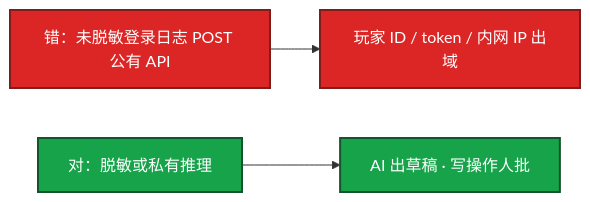
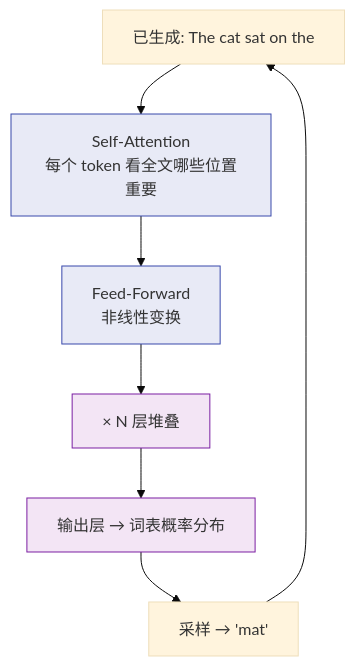
Before and after one commit to ml-cuizijun/LearnToLilith: the second of 7 diagrams in 09-AI与智能运维/01-LLM与Transformer基础/知识点.md, drawn with Mermaid. The commit also changed other lines of this file and 213 other files, not shown here.

````diff
--- a/09-AI与智能运维/01-LLM与Transformer基础/知识点.md
+++ b/09-AI与智能运维/01-LLM与Transformer基础/知识点.md
@@ -413,10 +75,16 @@
 ```mermaid
-flowchart LR
-    bad["错：未脱敏登录日志 POST 公有 API"] --> leak[玩家 ID / token / 内网 IP 出域]
-    ok["对：脱敏或私有推理"] --> draft[AI 出草稿 · 写操作人批]
+%%{init: {"theme": "base"}}%%
+flowchart TB
+    classDef block fill:#f3e5f5,stroke:#7b1fa2
+    classDef attn fill:#e8eaf6,stroke:#3949ab
 
-    classDef bad fill:#DC2626,stroke:#7F1D1D,stroke-width:2px,color:#fff
-    classDef ok fill:#16A34A,stroke:#14532D,stroke-width:2px,color:#fff
-    class bad,leak bad
-    class ok,draft ok
+    IN["已生成: The cat sat on the"] --> SA["Self-Attention<br/>每个 token 看全文哪些位置重要"]
+    SA --> FFN["Feed-Forward<br/>非线性变换"]
+    FFN --> STACK["× N 层堆叠"]
+    STACK --> HEAD["输出层 → 词表概率分布"]
+    HEAD --> SAMPLE["采样 → 'mat'"]
+    SAMPLE --> IN
+
+    class SA,FFN attn
+    class STACK,HEAD block
 ```
````
